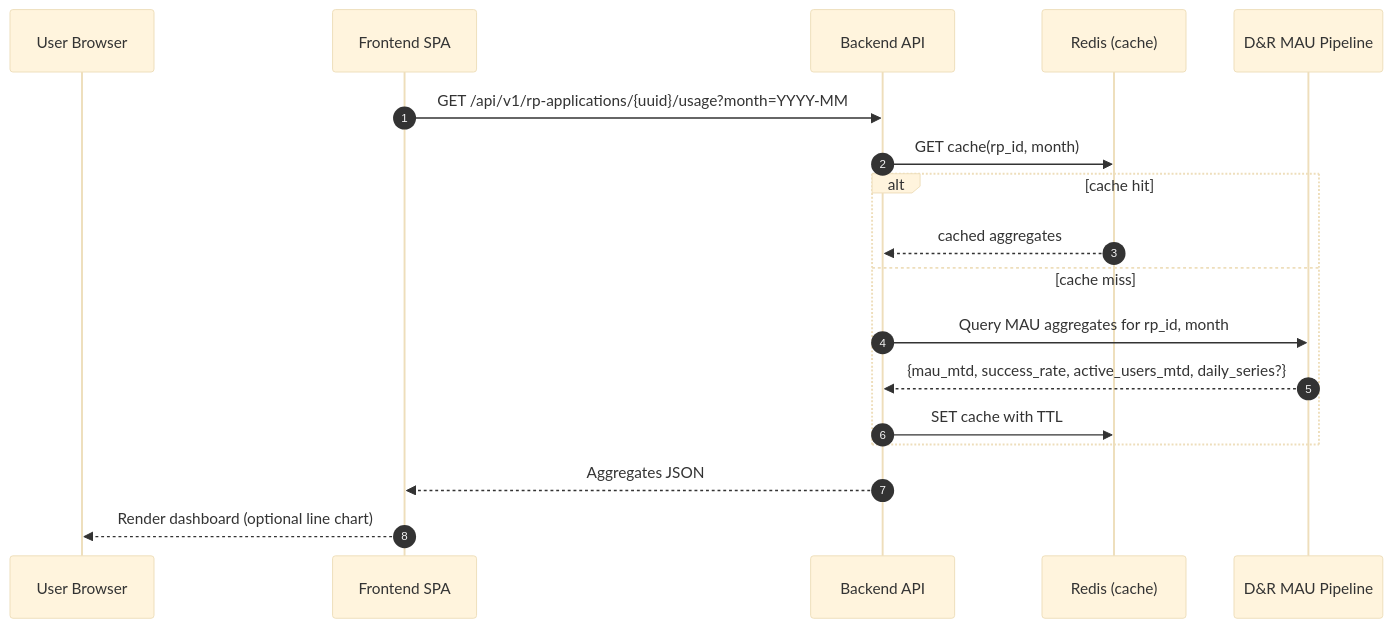
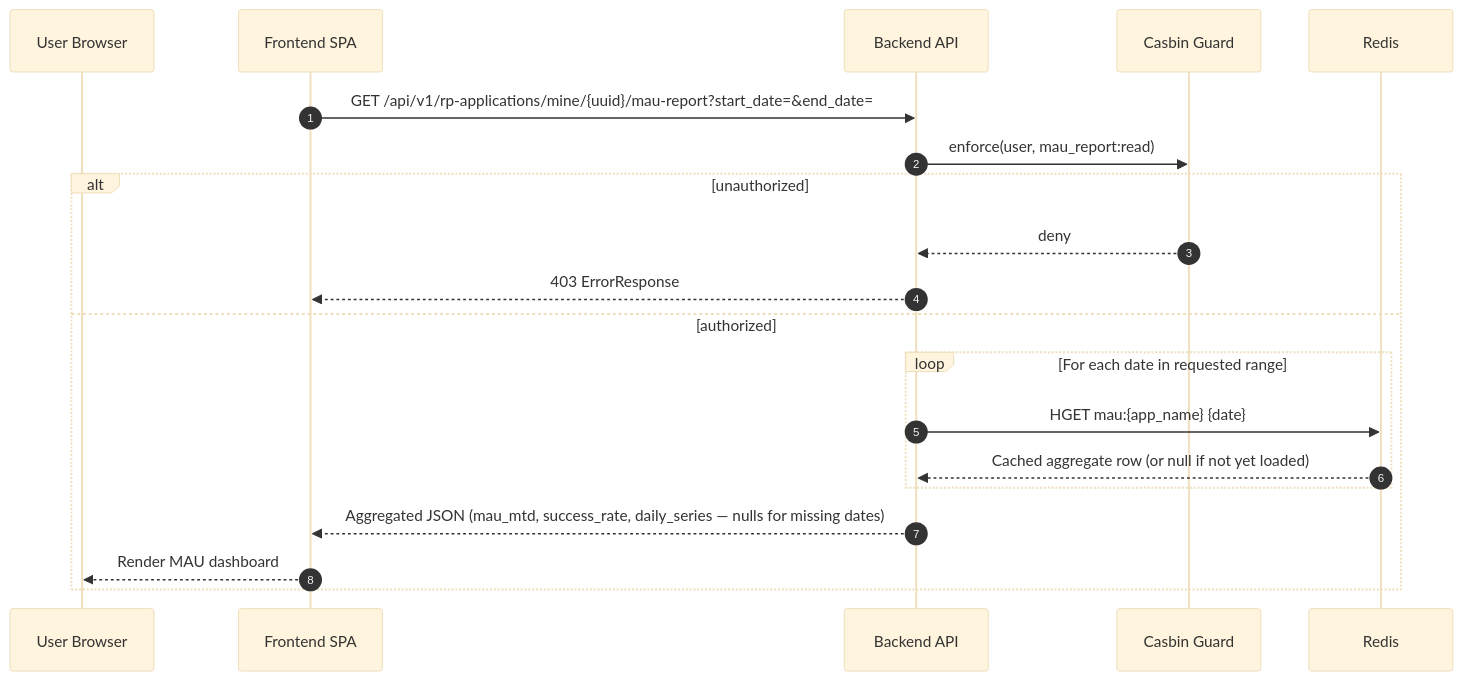
One commit to cds-snc/canadalogin-partner-portal changed the tenth of 13 diagrams in docs/plans/partner-portal-mvp-data-flows.md. Above: the diagram before and after it, drawn with Mermaid (base theme). The commit also changed other lines of this file and 1 other file, not shown here.

Commit message:
mvp architecture doc update (#93)

````diff
--- a/docs/plans/partner-portal-mvp-data-flows.md
+++ b/docs/plans/partner-portal-mvp-data-flows.md
@@ -244,21 +287,23 @@
 ```mermaid
 sequenceDiagram
     autonumber
     participant U as User Browser
     participant FE as Frontend SPA
     participant BE as Backend API
-    participant R as Redis (cache)
-    participant DNR as D&R MAU Pipeline
+    participant C as Casbin Guard
+    participant R as Redis
 
-    FE->>BE: GET /api/v1/rp-applications/{uuid}/usage?month=YYYY-MM
-    BE->>R: GET cache(rp_id, month)
-    alt cache hit
-        R-->>BE: cached aggregates
-    else cache miss
-        BE->>DNR: Query MAU aggregates for rp_id, month
-        DNR-->>BE: {mau_mtd, success_rate, active_users_mtd, daily_series?}
-        BE->>R: SET cache with TTL
+    FE->>BE: GET /api/v1/rp-applications/mine/{uuid}/mau-report?start_date=&end_date=
+    BE->>C: enforce(user, mau_report:read)
+    alt unauthorized
+        C-->>BE: deny
+        BE-->>FE: 403 ErrorResponse
+    else authorized
+        loop For each date in requested range
+            BE->>R: HGET mau:{app_name} {date}
+            R-->>BE: Cached aggregate row (or null if not yet loaded)
+        end
+        BE-->>FE: Aggregated JSON (mau_mtd, success_rate, daily_series — nulls for missing dates)
+        FE-->>U: Render MAU dashboard
     end
-    BE-->>FE: Aggregates JSON
-    FE-->>U: Render dashboard (optional line chart)
 ```
````
